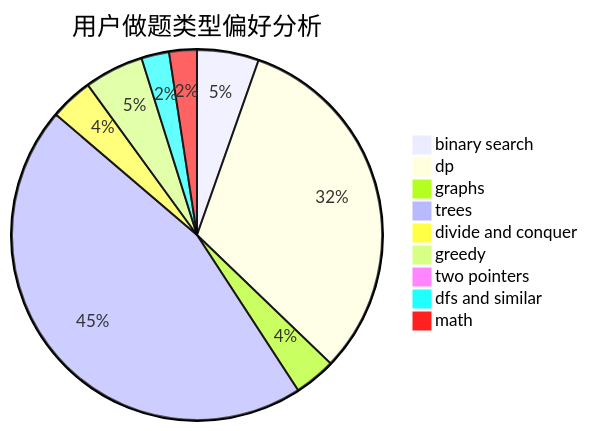
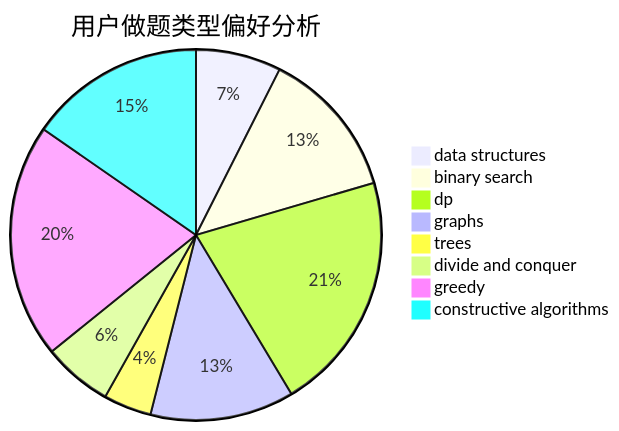
The second of 3 diagrams in docs/user/u997.md (sherpahu/cfrs.github.io), drawn with Mermaid before and after one commit. The commit also changed other lines of this file and 2775 other files, not shown here.

````diff
--- a/docs/user/u997.md
+++ b/docs/user/u997.md
@@ -23,12 +23,11 @@
 ```mermaid
 pie title 用户做题类型偏好分析
-    "binary search" :  49
-    "dp" :  289
-    "graphs" :  33
-    "trees" :  413
-    "divide and conquer" :  34
-    "greedy" :  47
-    "two pointers" :  7
-    "dfs and similar" :  22
-    "math" :  22
+    "data structures" :  16
+    "binary search" :  28
+    "dp" :  45
+    "graphs" :  27
+    "trees" :  9
+    "divide and conquer" :  13
+    "greedy" :  44
+    "constructive algorithms" :  33
 ```
````
